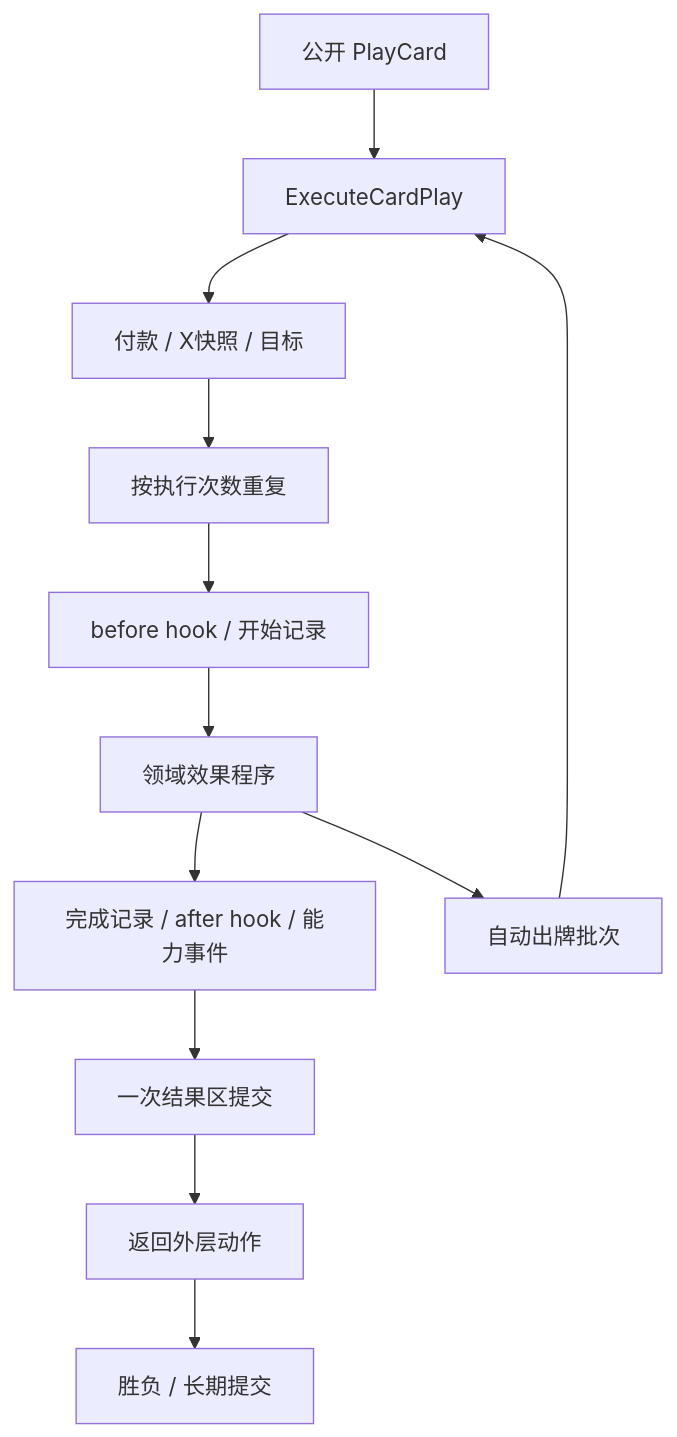
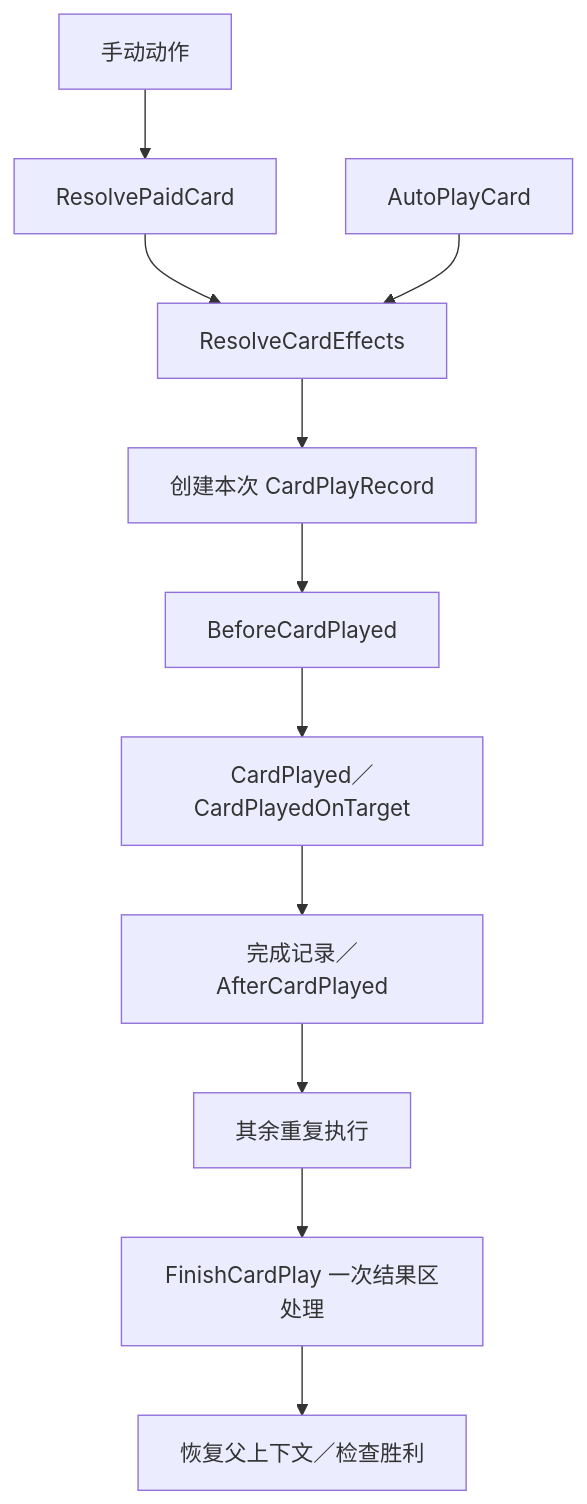
One commit to QingXiang22/auto-the-spire changed the diagram in docs/design/mod-the-spire/control-flow-modules.md. Above: the diagram before and after it, drawn with Mermaid. The commit also changed other lines of this file and 44 other files, not shown here.

````diff
--- a/docs/design/mod-the-spire/control-flow-modules.md
+++ b/docs/design/mod-the-spire/control-flow-modules.md
@@ -58,14 +7,13 @@
 ```mermaid
 flowchart TD
-    Manual[公开 PlayCard] --> Shared[ExecuteCardPlay]
-    Auto[自动出牌批次] --> Shared
-    Shared --> Pay[付款 / X快照 / 目标]
-    Pay --> Loop[按执行次数重复]
-    Loop --> Before[before hook / 开始记录]
-    Before --> Effects[领域效果程序]
-    Effects --> Finish[完成记录 / after hook / 能力事件]
-    Finish --> Result[一次结果区提交]
-    Result --> Outer[返回外层动作]
-    Outer --> Tail[胜负 / 长期提交]
-    Effects --> Auto
+    Manual[手动动作] --> Paid[ResolvePaidCard]
+    Paid --> Effects[ResolveCardEffects]
+    Auto[AutoPlayCard] --> Effects
+    Effects --> Record[创建本次 CardPlayRecord]
+    Record --> Before[BeforeCardPlayed]
+    Before --> Body[CardPlayed／CardPlayedOnTarget]
+    Body --> End[完成记录／AfterCardPlayed]
+    End --> Repeat[其余重复执行]
+    Repeat --> Result[FinishCardPlay 一次结果区处理]
+    Result --> Restore[恢复父上下文／检查胜利]
 ```
````
